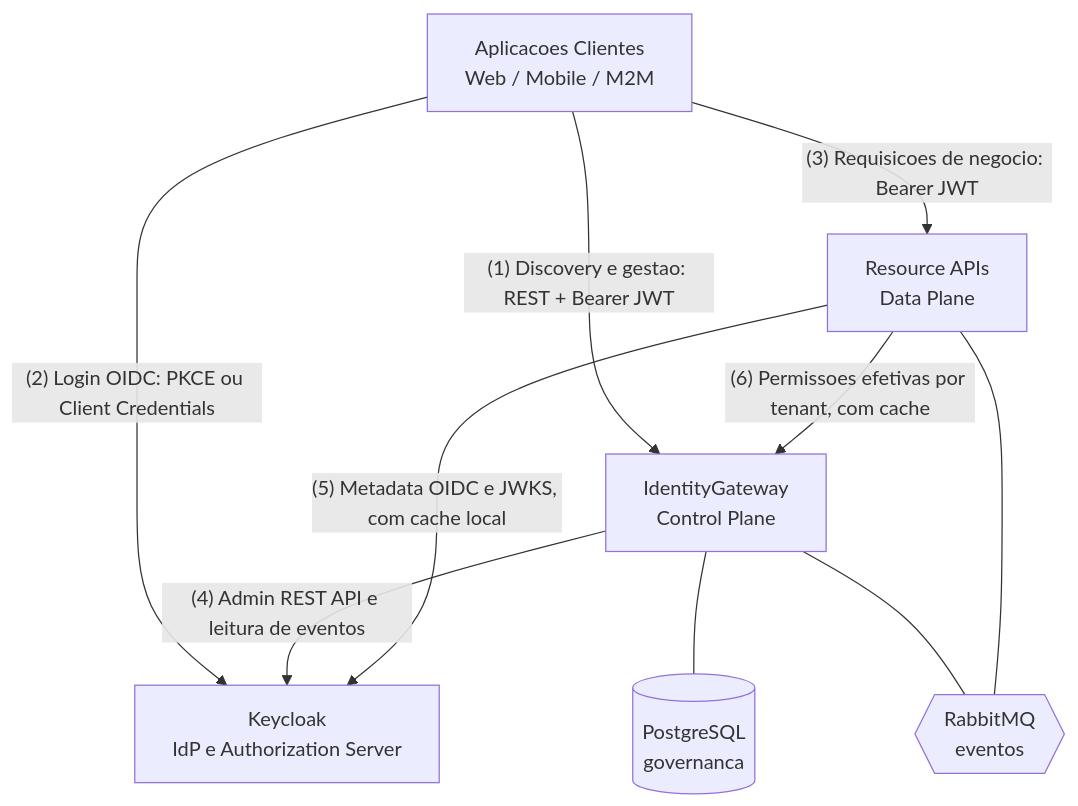
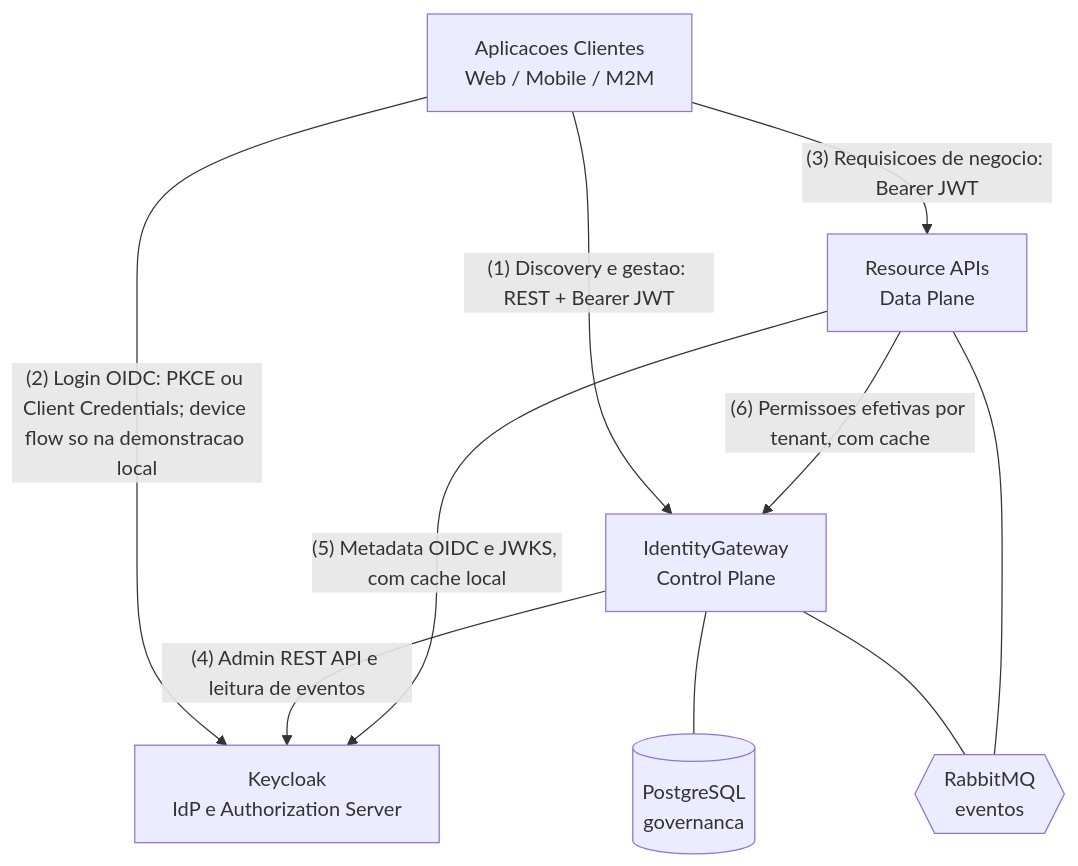
One commit to Joseleno/identity-gateway changed the fifth of 16 diagrams in docs/documentacao-negocio.md. Above: the diagram before and after it, drawn with Mermaid. The commit also changed other lines of this file and 4 other files, not shown here.

````diff
--- a/docs/documentacao-negocio.md
+++ b/docs/documentacao-negocio.md
@@ -1401,20 +1496,20 @@
 ```mermaid
 flowchart TD
     APP["Aplicacoes Clientes<br/>Web / Mobile / M2M"]
     GW["IdentityGateway<br/>Control Plane"]
     KC["Keycloak<br/>IdP e Authorization Server"]
     API["Resource APIs<br/>Data Plane"]
     PG[("PostgreSQL<br/>governanca")]
     MQ{{"RabbitMQ<br/>eventos"}}
 
     APP -->|"(1) Discovery e gestao: REST + Bearer JWT"| GW
-    APP -->|"(2) Login OIDC: PKCE ou Client Credentials"| KC
+    APP -->|"(2) Login OIDC: PKCE ou Client Credentials; device flow so na demonstracao local"| KC
     APP -->|"(3) Requisicoes de negocio: Bearer JWT"| API
     GW -->|"(4) Admin REST API e leitura de eventos"| KC
     API -->|"(5) Metadata OIDC e JWKS, com cache local"| KC
     API -->|"(6) Permissoes efetivas por tenant, com cache"| GW
 
     GW --- PG
     GW --- MQ
     API --- MQ
 ```
````
